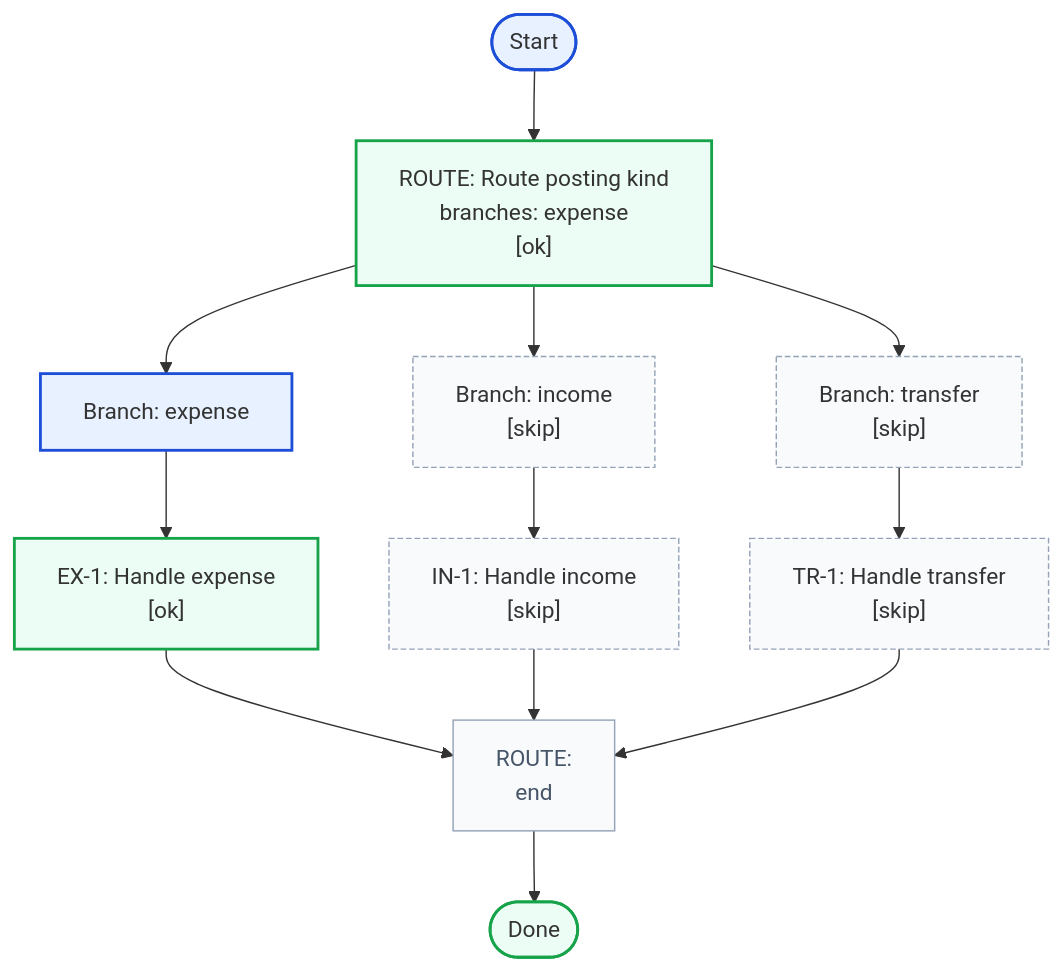
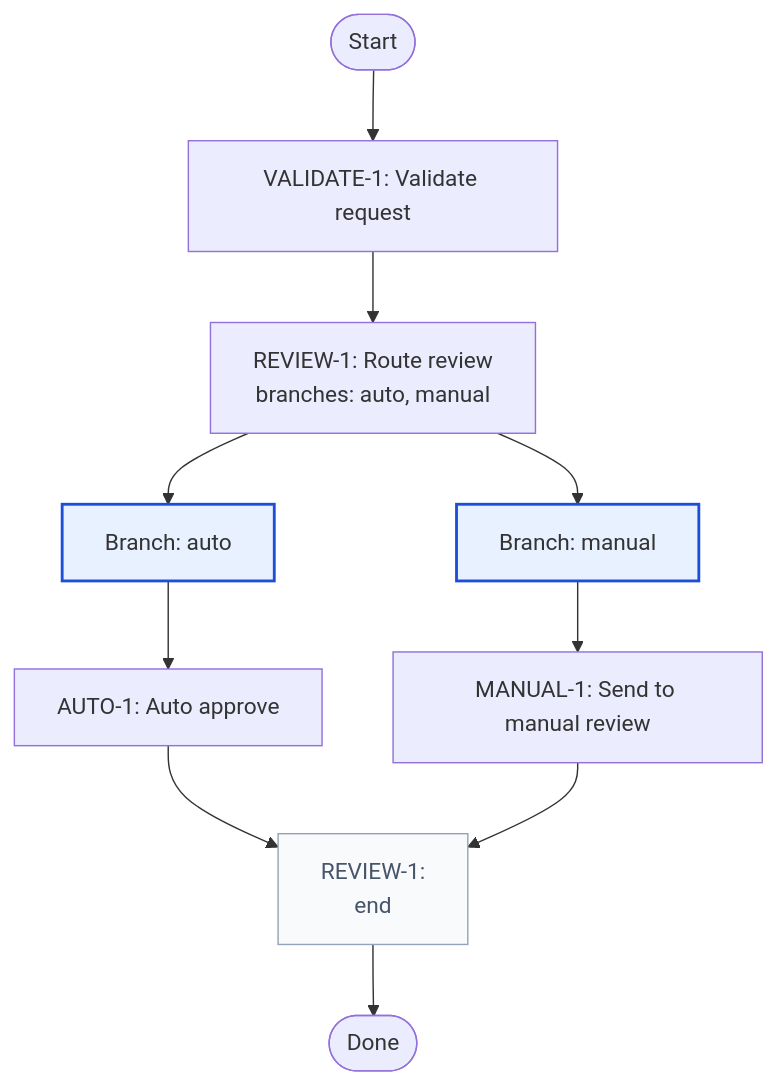
One commit to mikko-apo/structured-flow changed the second of 2 diagrams in README.md. Above: the diagram before and after it, drawn with Mermaid. The commit also changed other lines of this file and 11 other files, not shown here.

````diff
--- a/README.md
+++ b/README.md
@@ -1225,48 +75,32 @@
 ```mermaid
 flowchart TD
   start([Start])
-  step_0["ROUTE: Route posting kind
-branches: expense
-[ok]"]
-  branch_0_end["ROUTE:
+  step_0["VALIDATE-1: Validate request"]
+  step_0 --> step_1
+  step_1["REVIEW-1: Route review
+branches: auto, manual"]
+  branch_1_end["REVIEW-1:
 end"]
-  branch_0_end --> done
-  class branch_0_end join
-  branch_0_0_start["Branch: expense"]
-  step_0 --> branch_0_0_start
-  branch_0_0_step_0["EX-1: Handle expense
-[ok]"]
-  branch_0_0_start --> branch_0_0_step_0
-  branch_0_0_step_0 --> branch_0_end
-  class branch_0_0_step_0 success
-  class branch_0_0_start executed
-  branch_0_1_start["Branch: income
-[skip]"]
-  step_0 --> branch_0_1_start
-  branch_0_1_step_0["IN-1: Handle income
-[skip]"]
-  branch_0_1_start --> branch_0_1_step_0
-  branch_0_1_step_0 --> branch_0_end
-  class branch_0_1_step_0 neutral
-  class branch_0_1_start neutral
-  branch_0_2_start["Branch: transfer
-[skip]"]
-  step_0 --> branch_0_2_start
-  branch_0_2_step_0["TR-1: Handle transfer
-[skip]"]
-  branch_0_2_start --> branch_0_2_step_0
-  branch_0_2_step_0 --> branch_0_end
-  class branch_0_2_step_0 neutral
-  class branch_0_2_start neutral
+  branch_1_end --> done
+  class branch_1_end join
+  branch_1_0_start["Branch: auto"]
+  step_1 --> branch_1_0_start
+  branch_1_0_step_0["AUTO-1: Auto approve"]
+  branch_1_0_start --> branch_1_0_step_0
+  branch_1_0_step_0 --> branch_1_end
+  class branch_1_0_start executed
+  branch_1_1_start["Branch: manual"]
+  step_1 --> branch_1_1_start
+  branch_1_1_step_0["MANUAL-1: Send to manual review"]
+  branch_1_1_start --> branch_1_1_step_0
+  branch_1_1_step_0 --> branch_1_end
+  class branch_1_1_start executed
   done([Done])
   start --> step_0
   classDef executed fill:#e8f1ff,stroke:#1d4ed8,stroke-width:2px
   classDef success fill:#ecfdf5,stroke:#16a34a,stroke-width:2px
   classDef complete fill:#f0fdf4,stroke:#15803d,stroke-width:2px
   classDef failure fill:#fef2f2,stroke:#dc2626,stroke-width:2px
   classDef neutral fill:#f8fafc,stroke:#94a3b8,stroke-dasharray: 4 2
   classDef join fill:#f8fafc,stroke:#94a3b8,stroke-width:1px,color:#475569
-  class step_0 success
-  class start executed
-  class done success
 ```
````
